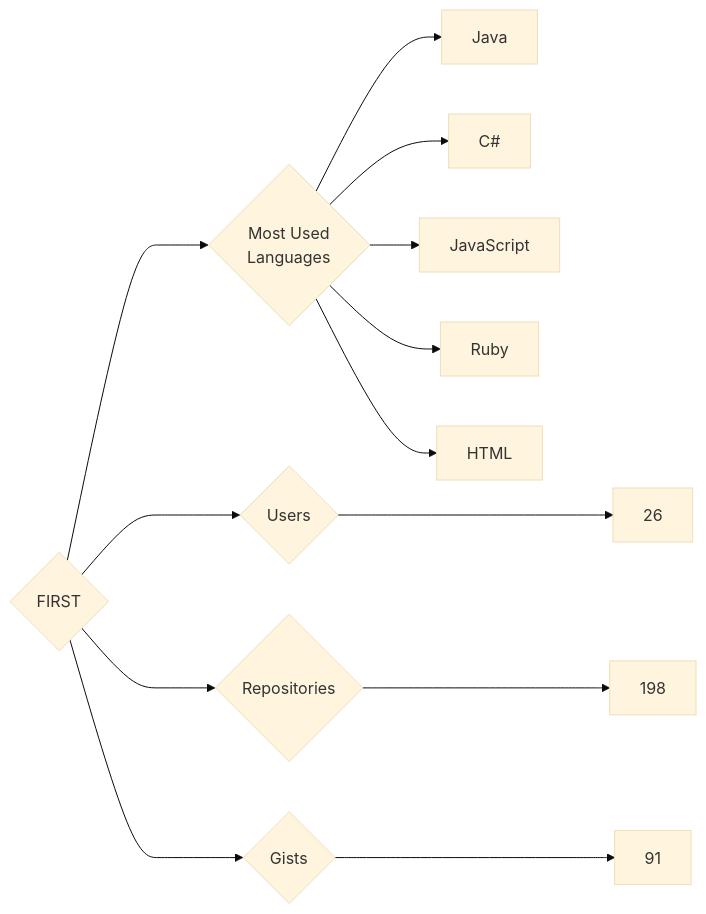
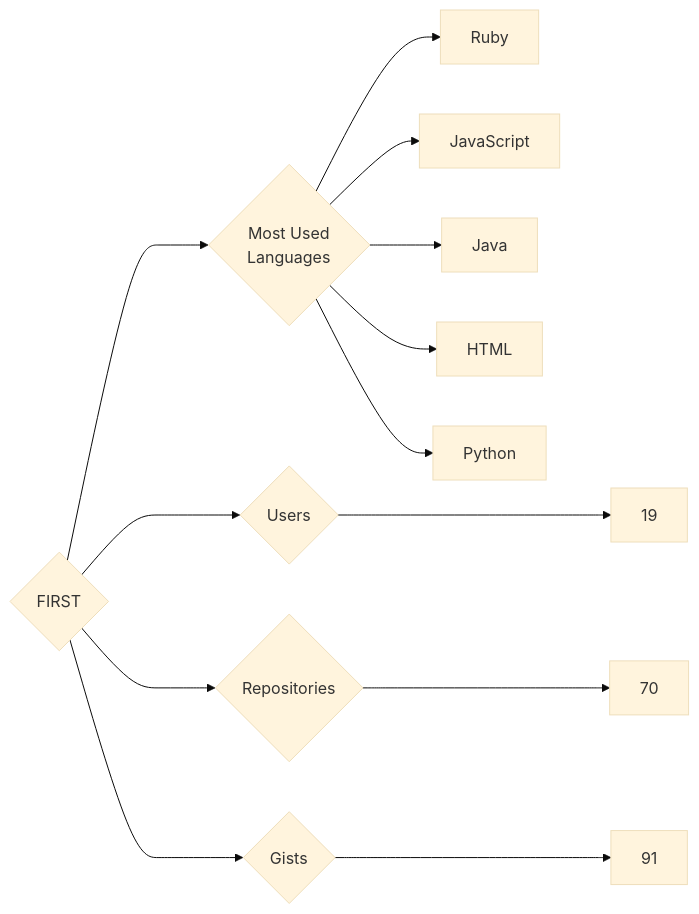
The diagram in targets/FIRST/README.md (trickest/insiders), drawn with Mermaid (base theme) before and after one commit. The commit also changed 899 other files, not shown here.

````diff
--- a/targets/FIRST/README.md
+++ b/targets/FIRST/README.md
@@ -3,13 +3,13 @@
 ```mermaid
 graph LR
 COMPANY_NAME{FIRST}
-COMPANY_NAME ---> U{Users} ---> UN[26]
-COMPANY_NAME ---> R{Repositories} ---> RN[198]
+COMPANY_NAME ---> U{Users} ---> UN[19]
+COMPANY_NAME ---> R{Repositories} ---> RN[70]
 COMPANY_NAME ---> G{Gists} ---> GN[91]
 COMPANY_NAME ---> ML{Most Used<br>Languages}
+ML --> Ruby[Ruby]
+ML --> JavaScript[JavaScript]
 ML --> Java[Java]
-ML --> C#[C#]
-ML --> JavaScript[JavaScript]
-ML --> Ruby[Ruby]
 ML --> HTML[HTML]
+ML --> Python[Python]
 ```
````
